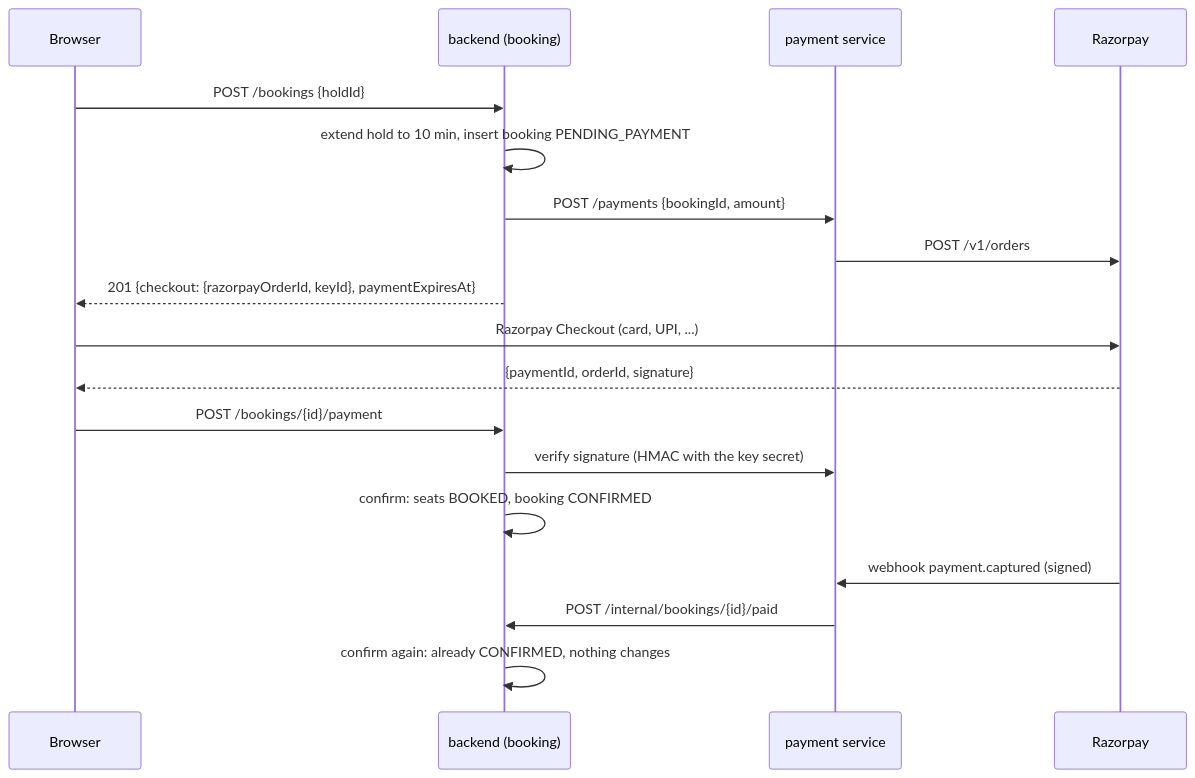
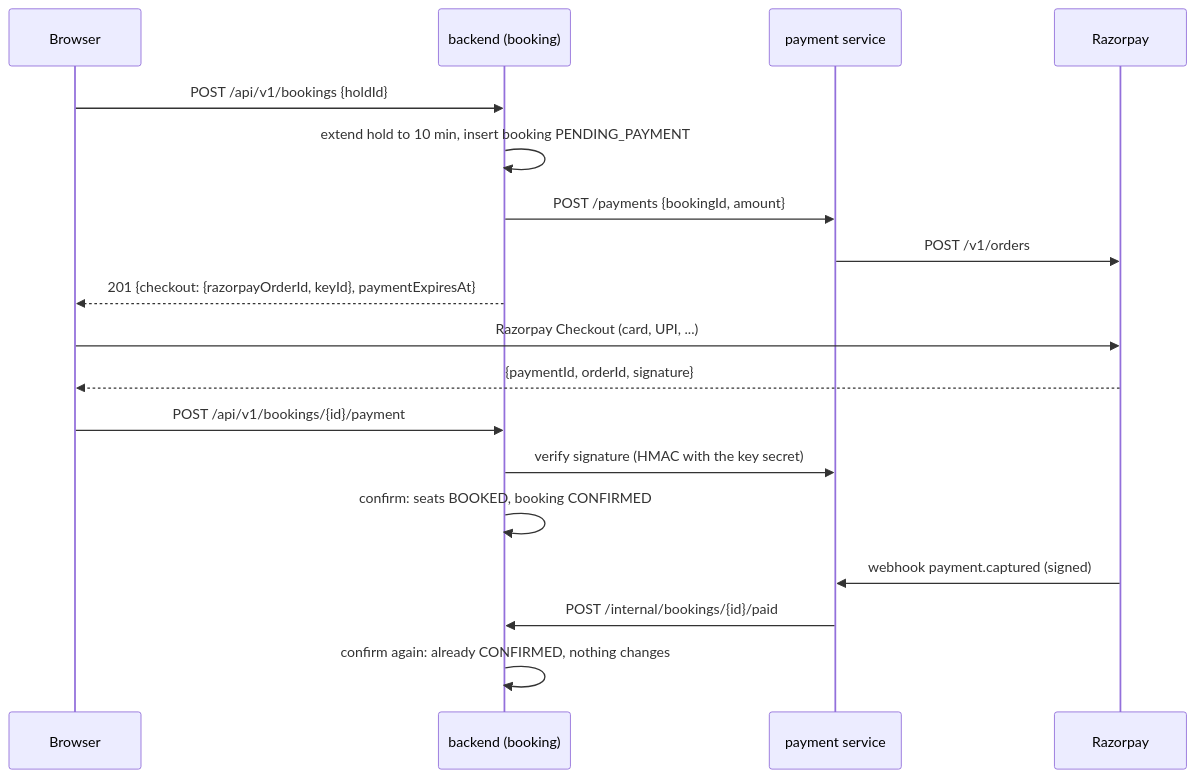
One commit to GopiSVDev/seat-lock changed the third of 4 diagrams in README.md. Above: the diagram before and after it, drawn with Mermaid. The commit also changed other lines of this file and 26 other files, not shown here.

````diff
--- a/README.md
+++ b/README.md
@@ -318,20 +318,20 @@
 ```mermaid
 sequenceDiagram
     participant C as Browser
     participant B as backend (booking)
     participant P as payment service
     participant RZ as Razorpay
-    C->>B: POST /bookings {holdId}
+    C->>B: POST /api/v1/bookings {holdId}
     B->>B: extend hold to 10 min, insert booking PENDING_PAYMENT
     B->>P: POST /payments {bookingId, amount}
     P->>RZ: POST /v1/orders
     B-->>C: 201 {checkout: {razorpayOrderId, keyId}, paymentExpiresAt}
     C->>RZ: Razorpay Checkout (card, UPI, ...)
     RZ-->>C: {paymentId, orderId, signature}
-    C->>B: POST /bookings/{id}/payment
+    C->>B: POST /api/v1/bookings/{id}/payment
     B->>P: verify signature (HMAC with the key secret)
     B->>B: confirm: seats BOOKED, booking CONFIRMED
     RZ->>P: webhook payment.captured (signed)
     P->>B: POST /internal/bookings/{id}/paid
     B->>B: confirm again: already CONFIRMED, nothing changes
 ```
````
